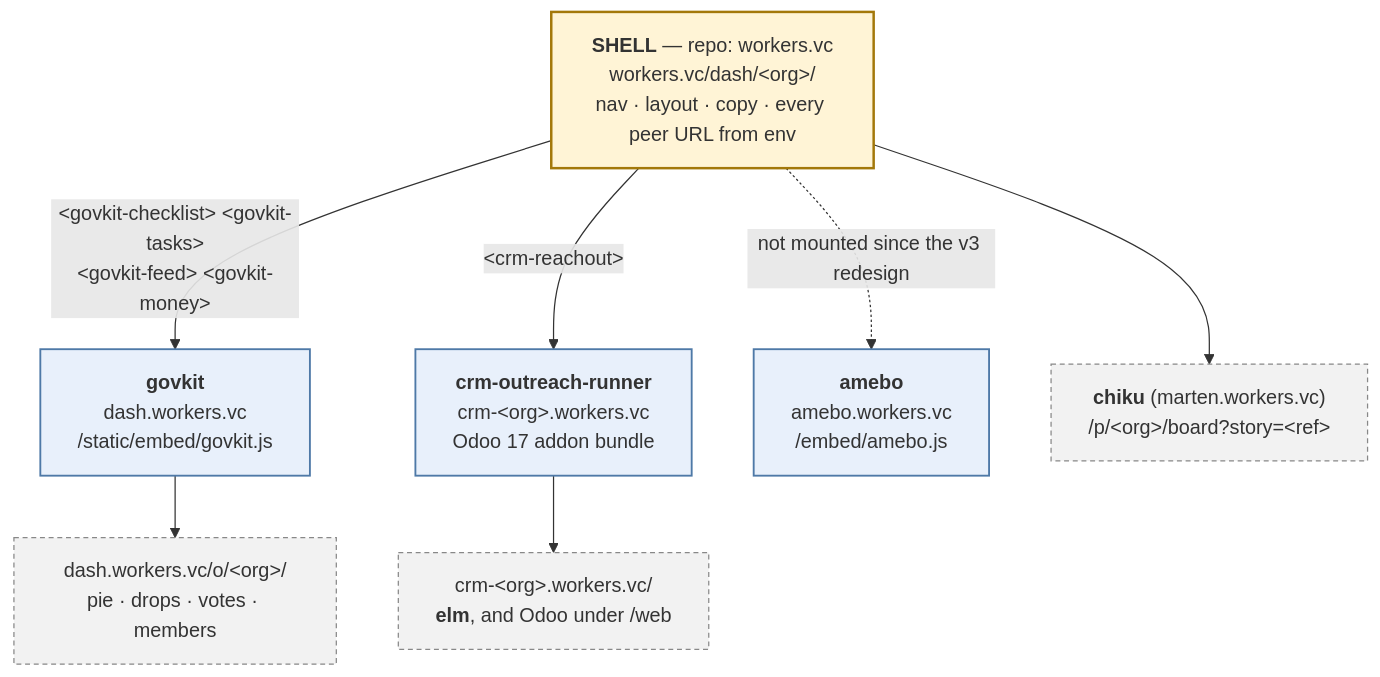
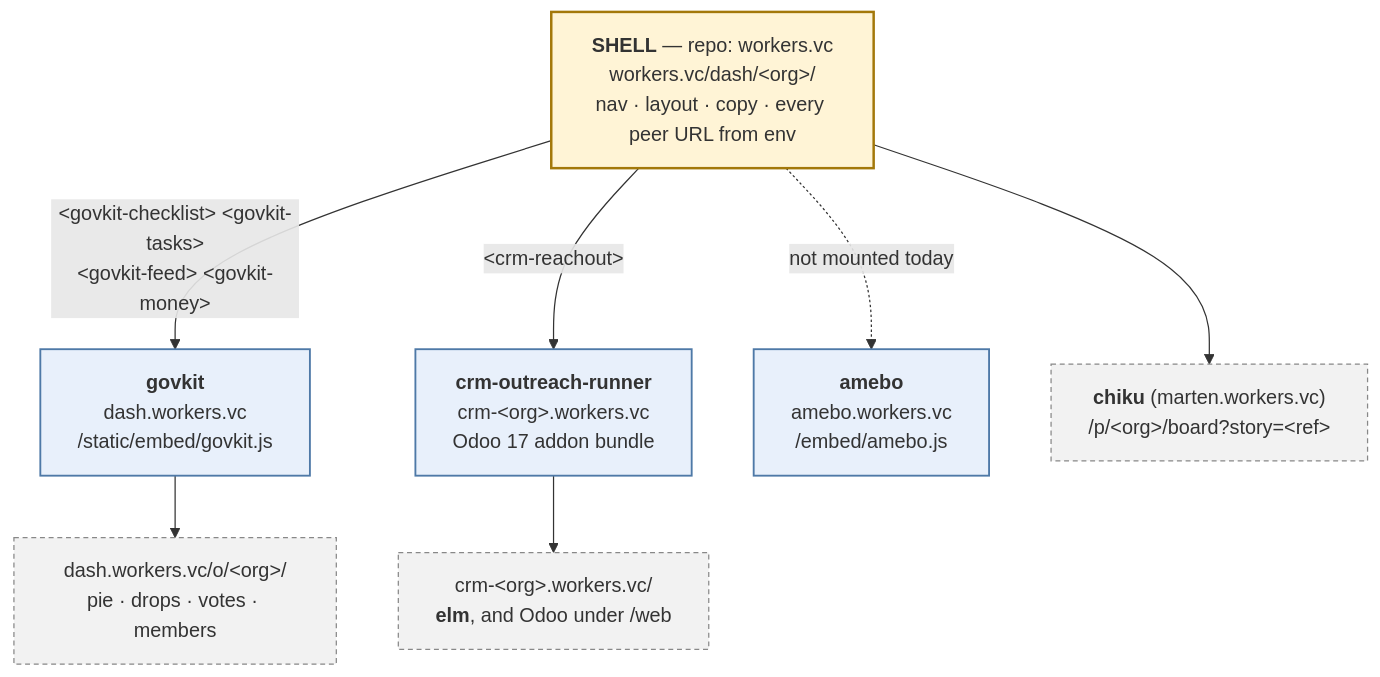
Before and after one commit to Cooperation-org/govkit: the diagram in docs/COMPOSITION.md, drawn with Mermaid. The commit also changed other lines of this file and 1 other file, not shown here.

First line of the commit message:
docs: state the rule, not the incident

````diff
--- a/docs/COMPOSITION.md
+++ b/docs/COMPOSITION.md
@@ -21,23 +21,23 @@
 ```mermaid
 graph TD
     SHELL["<b>SHELL</b> — repo: workers.vc<br/>workers.vc/dash/&lt;org&gt;/<br/>nav · layout · copy · every peer URL from env"]
 
     GK["<b>govkit</b><br/>dash.workers.vc<br/>/static/embed/govkit.js"]
     CRM["<b>crm-outreach-runner</b><br/>crm-&lt;org&gt;.workers.vc<br/>Odoo 17 addon bundle"]
     AM["<b>amebo</b><br/>amebo.workers.vc<br/>/embed/amebo.js"]
 
     SHELL -->|"&lt;govkit-checklist&gt; &lt;govkit-tasks&gt;<br/>&lt;govkit-feed&gt; &lt;govkit-money&gt;"| GK
     SHELL -->|"&lt;crm-reachout&gt;"| CRM
-    SHELL -.->|"not mounted since the v3 redesign"| AM
+    SHELL -.->|"not mounted today"| AM
 
     GK --> GKX["dash.workers.vc/o/&lt;org&gt;/<br/>pie · drops · votes · members"]
     CRM --> CRMX["crm-&lt;org&gt;.workers.vc/<br/><b>elm</b>, and Odoo under /web"]
     SHELL --> CH["<b>chiku</b> (marten.workers.vc)<br/>/p/&lt;org&gt;/board?story=&lt;ref&gt;"]
 
     classDef shell fill:#fff4d6,stroke:#a3780a,stroke-width:2px
     classDef prov fill:#e8f0fb,stroke:#4e79a7,stroke-width:1.5px
     classDef exp fill:#f2f2f2,stroke:#888,stroke-dasharray:4 3
     class SHELL shell
     class GK,CRM,AM prov
     class GKX,CRMX,CH exp
 ```
````
